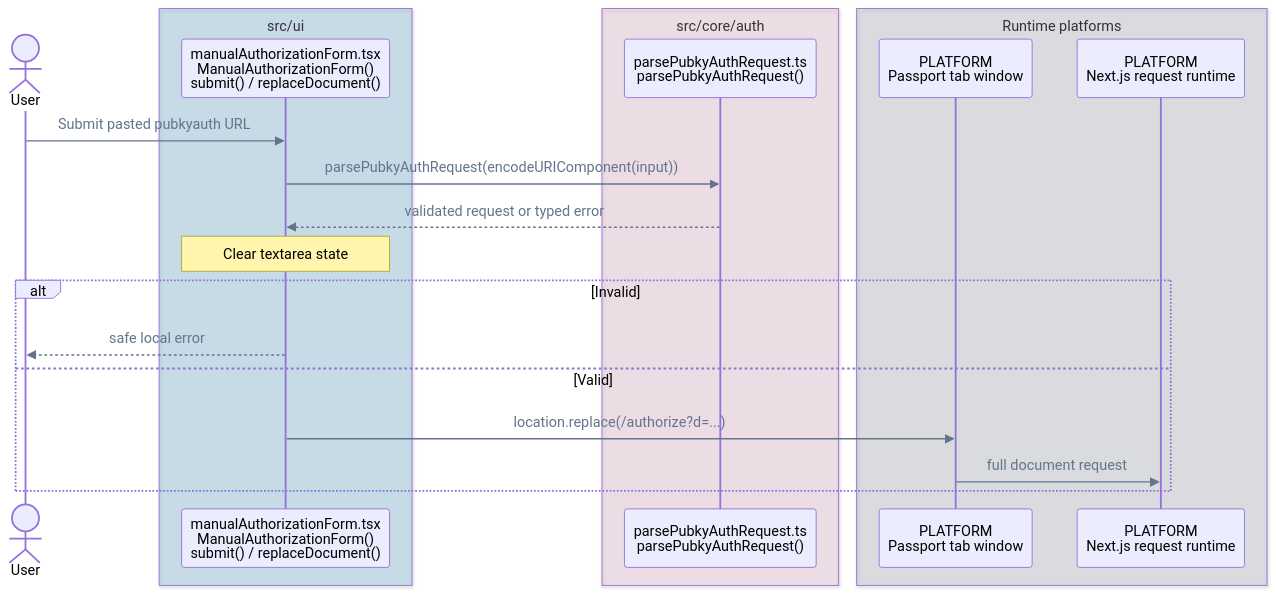
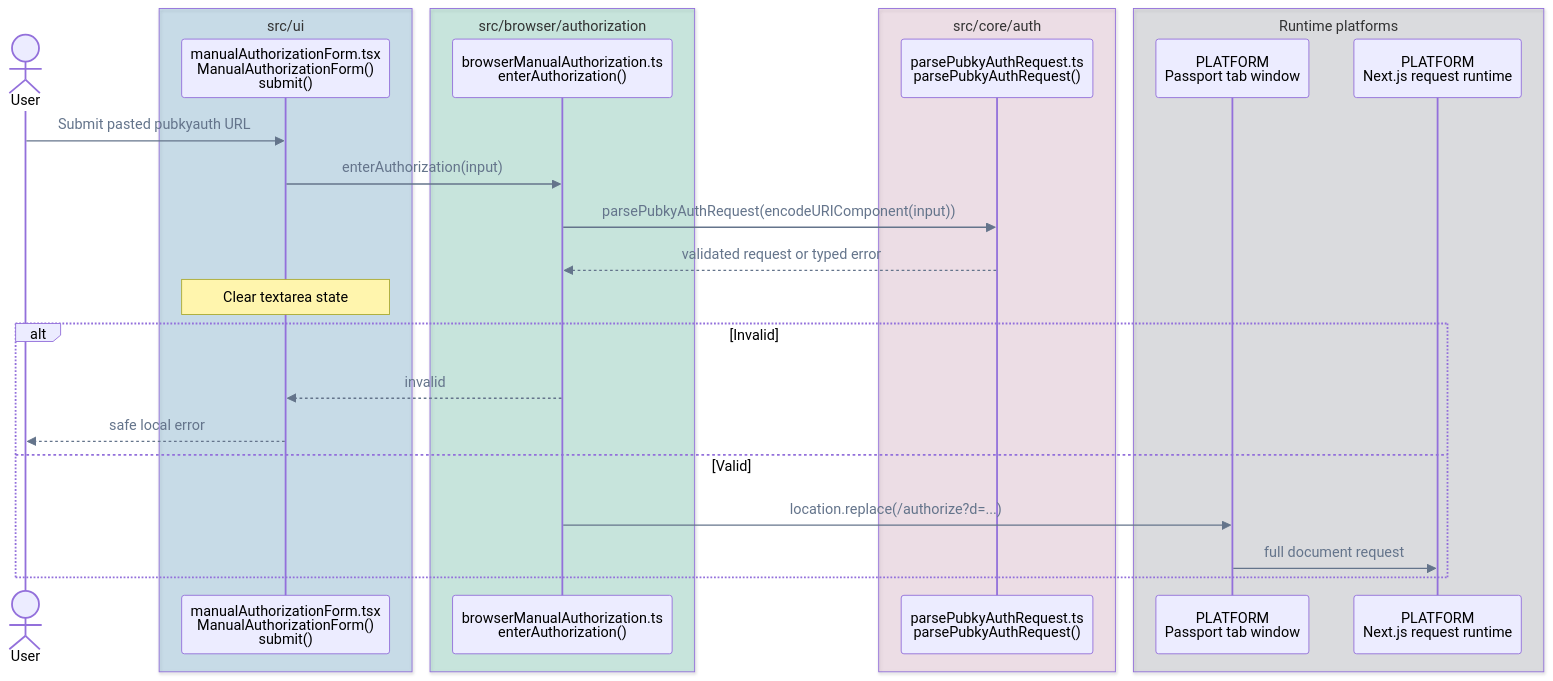
One commit to pubky/pubky-passport changed the fourth of 14 diagrams in FLOWS.md. Above: the diagram before and after it, drawn with Mermaid. The commit also changed other lines of this file and 73 other files, not shown here.

````diff
--- a/FLOWS.md
+++ b/FLOWS.md
@@ -167,28 +167,33 @@
 ```mermaid
 %%{init: {"themeVariables": {"signalColor": "#64748B", "signalTextColor": "#64748B"}}}%%
 sequenceDiagram
     accTitle: Manual authorization call flow
     accDescr: The form validates and clears a pasted request before either showing a safe error or starting a full authorization document navigation.
     actor User
     box rgba(0, 114, 178, 0.18) src/ui
-        participant Form as manualAuthorizationForm.tsx<br/>ManualAuthorizationForm()<br/>submit() / replaceDocument()
+        participant Form as manualAuthorizationForm.tsx<br/>ManualAuthorizationForm()<br/>submit()
+    end
+    box rgba(0, 158, 115, 0.18) src/browser/authorization
+        participant Browser as browserManualAuthorization.ts<br/>enterAuthorization()
     end
     box rgba(204, 121, 167, 0.18) src/core/auth
         participant Parser as parsePubkyAuthRequest.ts<br/>parsePubkyAuthRequest()
     end
     box rgba(107, 114, 128, 0.18) Runtime platforms
         participant Window as PLATFORM<br/>Passport tab window
         participant Next as PLATFORM<br/>Next.js request runtime
     end
 
     User->>Form: Submit pasted pubkyauth URL
-    Form->>Parser: parsePubkyAuthRequest(encodeURIComponent(input))
-    Parser-->>Form: validated request or typed error
+    Form->>Browser: enterAuthorization(input)
+    Browser->>Parser: parsePubkyAuthRequest(encodeURIComponent(input))
+    Parser-->>Browser: validated request or typed error
     Note over Form: Clear textarea state
     alt Invalid
+        Browser-->>Form: invalid
         Form-->>User: safe local error
     else Valid
-        Form->>Window: location.replace(/authorize?d=...)
+        Browser->>Window: location.replace(/authorize?d=...)
         Window->>Next: full document request
     end
 ```
````
